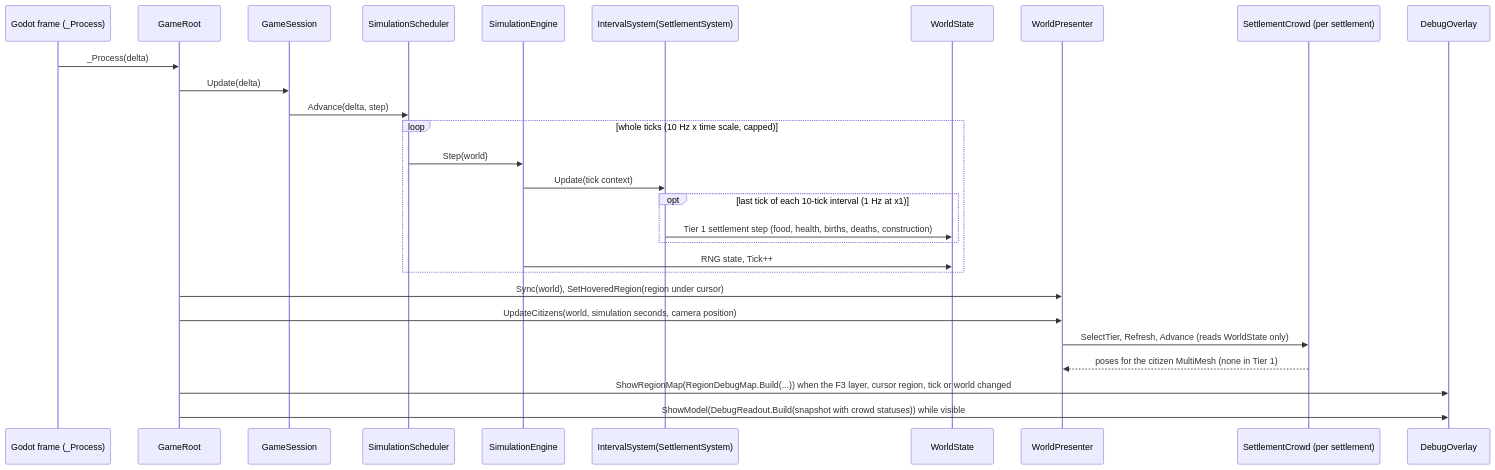
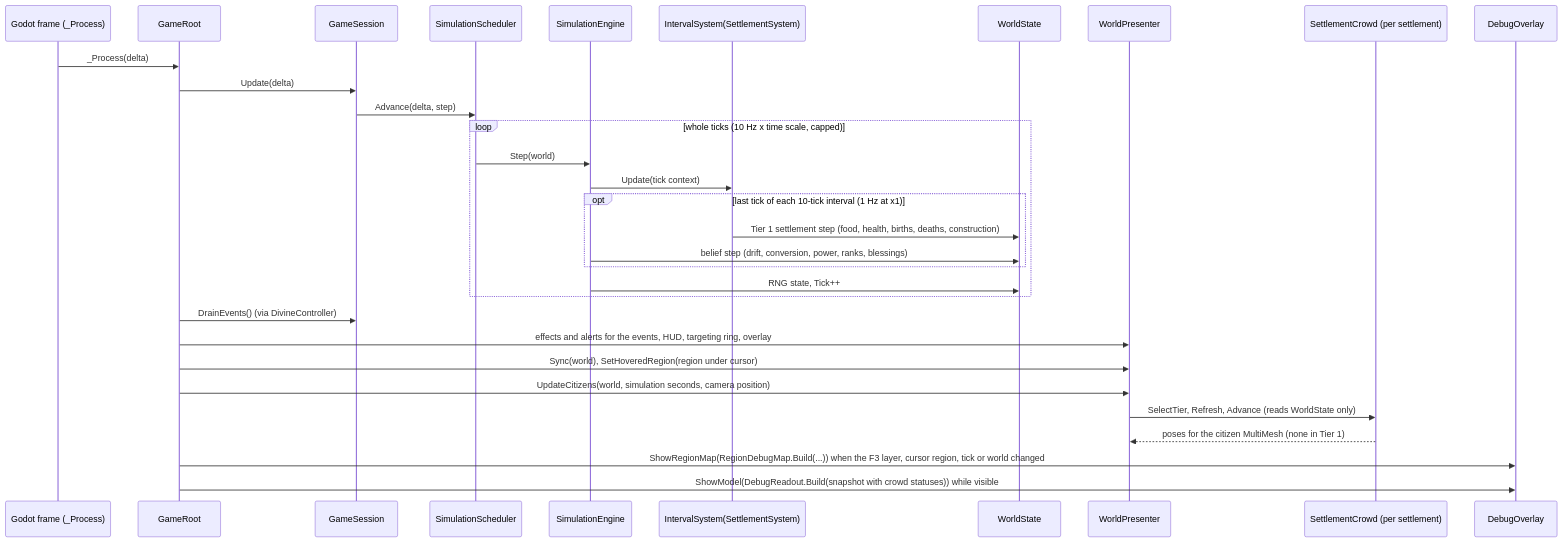
Before and after one commit to roeyazroel/pantheon: the second of 8 diagrams in docs/ARCHITECTURE.md, drawn with Mermaid. The commit also changed other lines of this file and 141 other files, not shown here.

````diff
--- a/docs/ARCHITECTURE.md
+++ b/docs/ARCHITECTURE.md
@@ -224,31 +281,34 @@
 ```mermaid
 sequenceDiagram
     participant Godot as Godot frame (_Process)
     participant Root as GameRoot
     participant Session as GameSession
     participant Sched as SimulationScheduler
     participant Engine as SimulationEngine
     participant Settle as IntervalSystem(SettlementSystem)
     participant State as WorldState
     participant View as WorldPresenter
     participant Crowd as SettlementCrowd (per settlement)
     participant Overlay as DebugOverlay
 
     Godot->>Root: _Process(delta)
     Root->>Session: Update(delta)
     Session->>Sched: Advance(delta, step)
     loop whole ticks (10 Hz x time scale, capped)
         Sched->>Engine: Step(world)
         Engine->>Settle: Update(tick context)
         opt last tick of each 10-tick interval (1 Hz at x1)
             Settle->>State: Tier 1 settlement step (food, health, births, deaths, construction)
+            Engine->>State: belief step (drift, conversion, power, ranks, blessings)
         end
         Engine->>State: RNG state, Tick++
     end
+    Root->>Session: DrainEvents() (via DivineController)
+    Root->>View: effects and alerts for the events, HUD, targeting ring, overlay
     Root->>View: Sync(world), SetHoveredRegion(region under cursor)
     Root->>View: UpdateCitizens(world, simulation seconds, camera position)
     View->>Crowd: SelectTier, Refresh, Advance (reads WorldState only)
     Crowd-->>View: poses for the citizen MultiMesh (none in Tier 1)
     Root->>Overlay: ShowRegionMap(RegionDebugMap.Build(...)) when the F3 layer, cursor region, tick or world changed
     Root->>Overlay: ShowModel(DebugReadout.Build(snapshot with crowd statuses)) while visible
 ```
````
